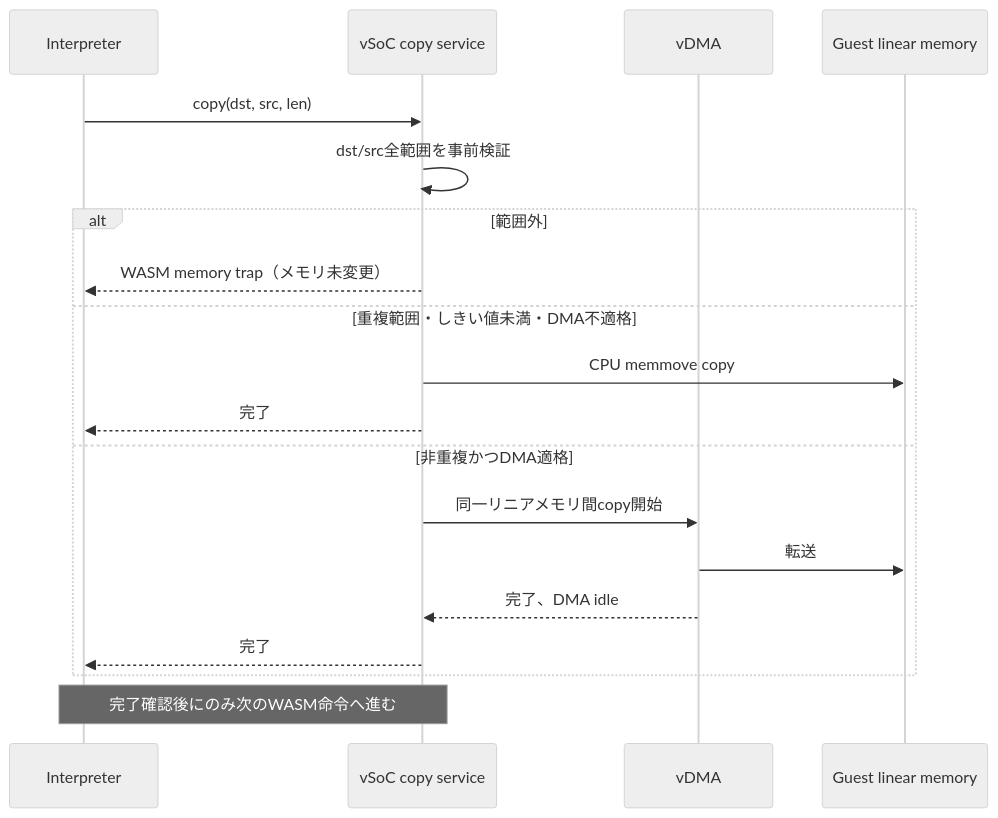
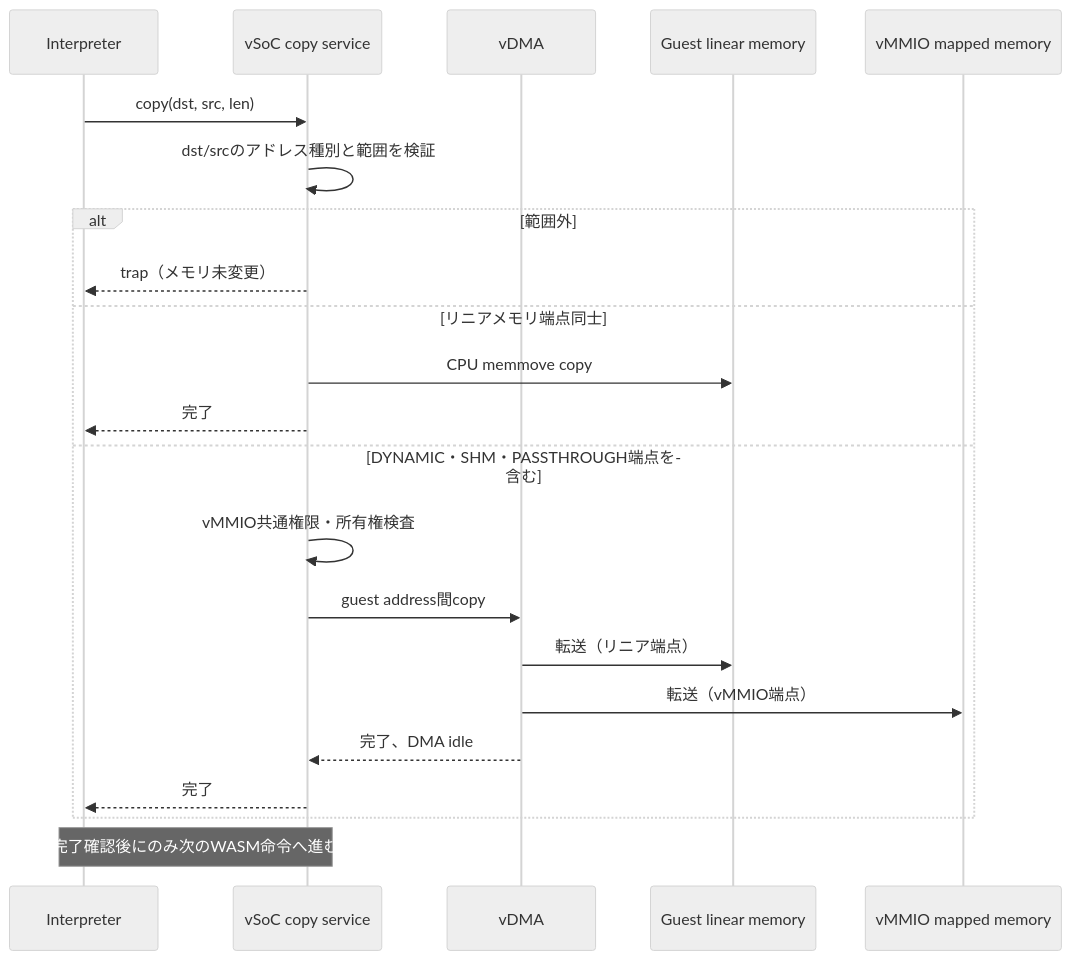
The fifth of 5 diagrams in docs/components/tier3_executer/interpreter.md (kmt-t/fireball), drawn with Mermaid (neutral theme) before and after one commit. The commit also changed other lines of this file and 75 other files, not shown here.

````diff
--- a/docs/components/tier3_executer/interpreter.md
+++ b/docs/components/tier3_executer/interpreter.md
@@ -391,22 +392,25 @@
 ```mermaid
 sequenceDiagram
     participant I as Interpreter
     participant V as vSoC copy service
     participant D as vDMA
     participant M as Guest linear memory
+    participant P as vMMIO mapped memory
 
     I->>V: copy(dst, src, len)
-    V->>V: dst/src全範囲を事前検証
+    V->>V: dst/srcのアドレス種別と範囲を検証
     alt 範囲外
-        V-->>I: WASM memory trap（メモリ未変更）
-    else 重複範囲・しきい値未満・DMA不適格
+        V-->>I: trap（メモリ未変更）
+    else リニアメモリ端点同士
         V->>M: CPU memmove copy
         V-->>I: 完了
-    else 非重複かつDMA適格
-        V->>D: 同一リニアメモリ間copy開始
-        D->>M: 転送
+    else DYNAMIC・SHM・PASSTHROUGH端点を含む
+        V->>V: vMMIO共通権限・所有権検査
+        V->>D: guest address間copy
+        D->>M: 転送（リニア端点）
+        D->>P: 転送（vMMIO端点）
         D-->>V: 完了、DMA idle
         V-->>I: 完了
     end
     Note over I,V: 完了確認後にのみ次のWASM命令へ進む
 ```
````
